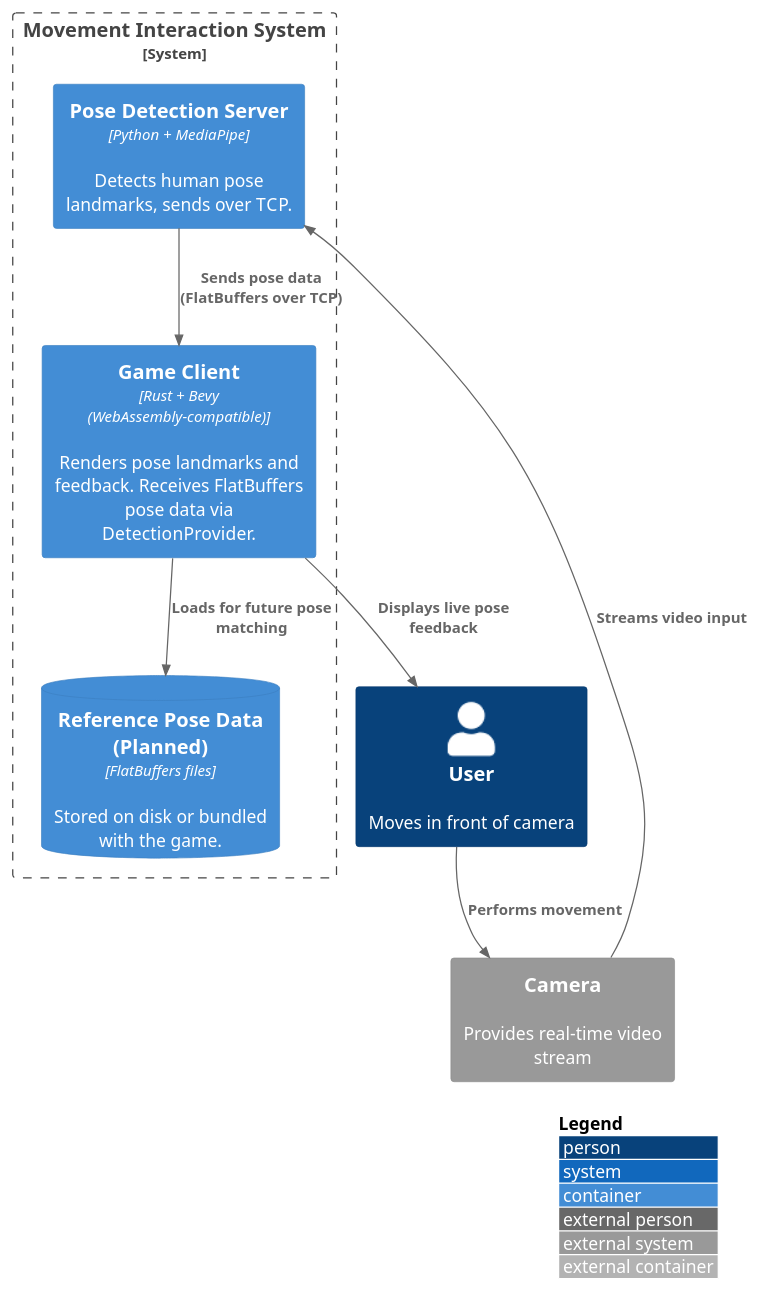
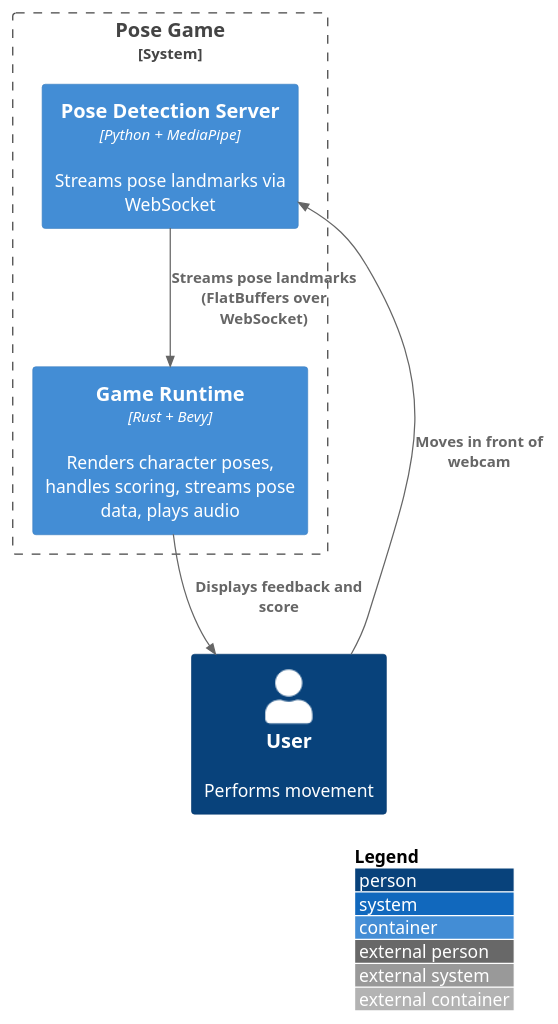
Before and after one commit to tobiaslocker/pose: the diagram in docs/arch/diagrams/c4-level-2-system-container.puml, drawn with PlantUML. The commit also changed 44 other files, not shown here.

```diff
--- a/docs/arch/diagrams/c4-level-2-system-container.puml
+++ b/docs/arch/diagrams/c4-level-2-system-container.puml
@@ -1,21 +1,15 @@
 @startuml
 !includeurl https://raw.githubusercontent.com/plantuml-stdlib/C4-PlantUML/master/C4_Container.puml
 LAYOUT_WITH_LEGEND()
 
-System_Boundary(system, "Movement Interaction System") {
-    Container(gameClient, "Game Client", "Rust + Bevy (WebAssembly-compatible)", "Renders pose landmarks and feedback. Receives FlatBuffers pose data via DetectionProvider.")
-    Container(poseServer, "Pose Detection Server", "Python + MediaPipe", "Detects human pose landmarks, sends over TCP.")
-    ContainerDb(referenceData, "Reference Pose Data (Planned)", "FlatBuffers files", "Stored on disk or bundled with the game.")
+System_Boundary(poseGame, "Pose Game") {
+  Container(gameRuntime, "Game Runtime", "Rust + Bevy", "Renders character poses, handles scoring, streams pose data, plays audio")
+  Container(pythonServer, "Pose Detection Server", "Python + MediaPipe", "Streams pose landmarks via WebSocket")
 }
 
-Person(user, "User", "Moves in front of camera")
+Person(user, "User", "Performs movement")
 
-System_Ext(camera, "Camera", "Provides real-time video stream")
-
-Rel(user, camera, "Performs movement")
-Rel(camera, poseServer, "Streams video input")
-Rel(poseServer, gameClient, "Sends pose data (FlatBuffers over TCP)")
-Rel(gameClient, referenceData, "Loads for future pose matching")
-Rel(gameClient, user, "Displays live pose feedback")
-
+Rel(user, pythonServer, "Moves in front of webcam")
+Rel(pythonServer, gameRuntime, "Streams pose landmarks (FlatBuffers over WebSocket)")
+Rel(gameRuntime, user, "Displays feedback and score")
 @enduml
```
